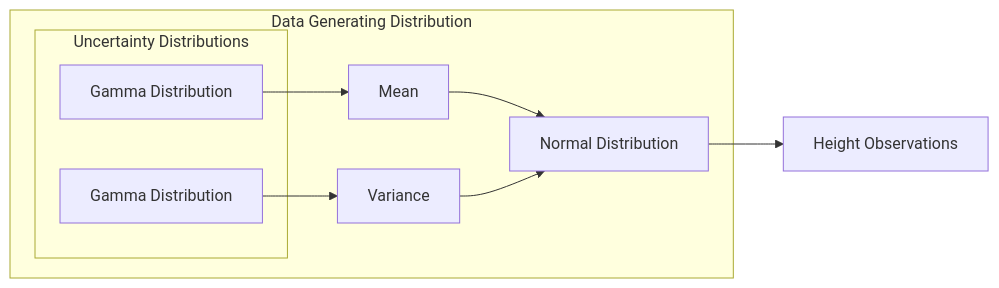
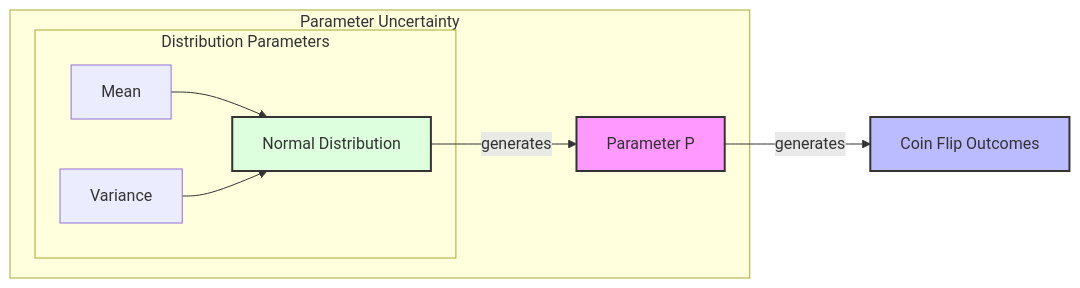
The diagram in quarto/3.2-with_priors.qmd (KevinJKoning/SEH), drawn with Mermaid before and after one commit. The commit also changed other lines of this file and 3 other files, not shown here.

Commit message:
Added diagram for parameters, cleaned up.

````diff
--- a/quarto/3.2-with_priors.qmd
+++ b/quarto/3.2-with_priors.qmd
@@ -914,18 +255,19 @@
 ```{mermaid}
-flowchart LR
-    subgraph DGD[Data Generating Distribution]
-        subgraph UD[Uncertainty Distributions]
-            GammaMean[Gamma Distribution]
-            GammaVar[Gamma Distribution]
+graph LR
+    subgraph "Parameter Uncertainty"
+        subgraph "Distribution Parameters"
+            mean[Mean]
+            var[Variance]
+            mean --> dist
+            var --> dist
         end
-        Mean[Mean]
-        Variance[Variance]
-        GammaMean --> Mean
-        GammaVar --> Variance
-        Mean --> Normal
-        Variance --> Normal
-        Normal[Normal Distribution]
+        dist[Normal Distribution]
+        dist --> |"generates"| P[Parameter P]
     end
-    Normal --> Height[Height Observations]
-
+    
+    P --> |"generates"| flips[Coin Flip Outcomes]
+    
+    style P fill:#f9f,stroke:#333,stroke-width:2px
+    style flips fill:#bbf,stroke:#333,stroke-width:2px
+    style dist fill:#dfd,stroke:#333,stroke-width:2px
 ```
````
